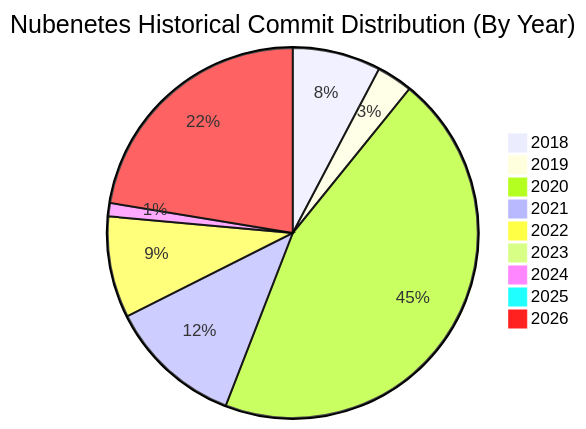
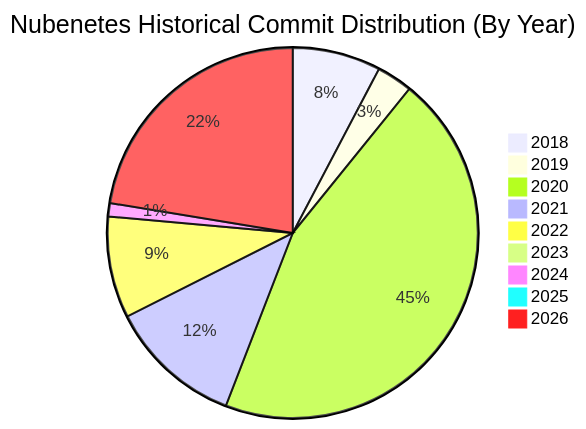
One commit to nubenetes/awesome-kubernetes changed the first of 12 diagrams in README.md. Above: the diagram before and after it, drawn with Mermaid. The commit also changed other lines of this file, not shown here.

Commit message:
docs: replace annual growth pie charts with unified bar chart

````diff
--- a/README.md
+++ b/README.md
@@ -170,12 +170,12 @@
 ```mermaid
 pie title Nubenetes Historical Commit Distribution (By Year)
     "2018" : 350
     "2019" : 142
     "2020" : 2046
     "2021" : 531
     "2022" : 402
     "2023" : 30
     "2024" : 53
     "2025" : 5
-    "2026" : 1017
+    "2026" : 1018
 ```
````
